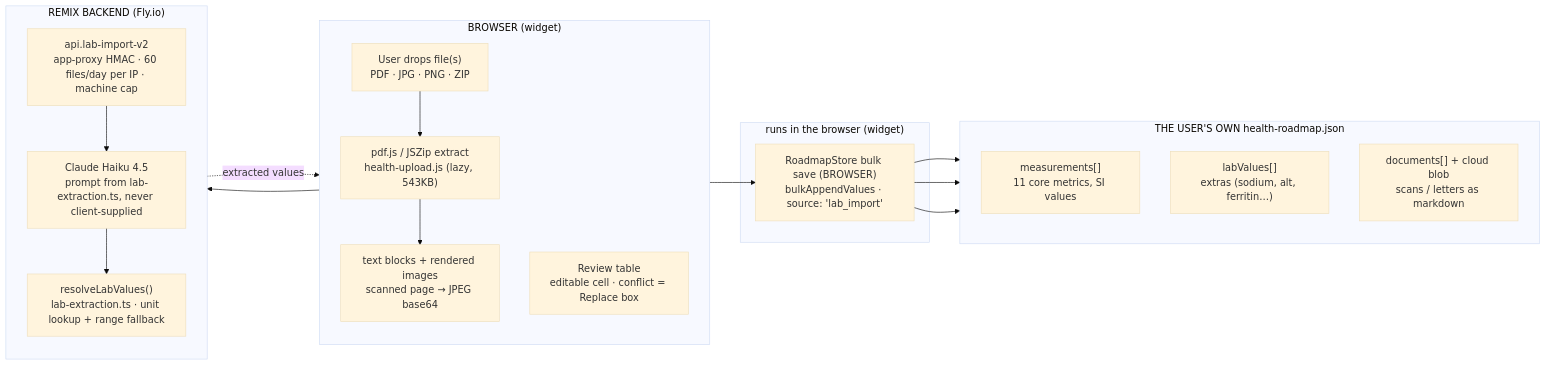
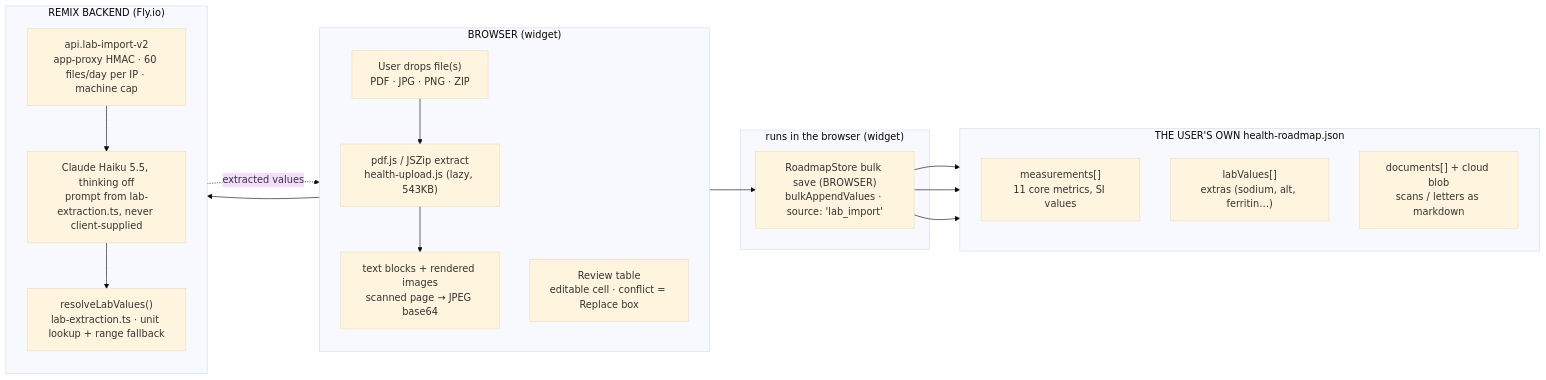
One commit to DrBradStanfield/roadmap changed the first of 3 diagrams in docs/lab-upload-overview.md. Above: the diagram before and after it, drawn with Mermaid (base theme). The commit also changed other lines of this file and 9 other files, not shown here.

First line of the commit message:
CLAUDE.md: reply to brad@microvitamin.com mail in its own thread via the CS gateway's /send-reply, never a new drstanfield.com email. The gateway bullet said planned; it is live. Net production LOC 0; nothing deletable.

````diff
--- a/docs/lab-upload-overview.md
+++ b/docs/lab-upload-overview.md
@@ -59,33 +59,33 @@
 ```mermaid
 flowchart LR
   subgraph BR["BROWSER (widget)"]
     direction TB
     B1["User drops file(s)<br/>PDF · JPG · PNG · ZIP"]
     B2["pdf.js / JSZip extract<br/>health-upload.js (lazy, 543KB)"]
     B3["text blocks + rendered images<br/>scanned page → JPEG base64"]
     B4["Review table<br/>editable cell · conflict = Replace box"]
     B1 --> B2 --> B3
   end
   subgraph BE["REMIX BACKEND (Fly.io)"]
     direction TB
     S1["api.lab-import-v2<br/>app-proxy HMAC · 60 files/day per IP · machine cap"]
-    S2["Claude Haiku 4.5<br/>prompt from lab-extraction.ts, never client-supplied"]
+    S2["Claude Haiku 5.5, thinking off<br/>prompt from lab-extraction.ts, never client-supplied"]
     S3["resolveLabValues()<br/>lab-extraction.ts · unit lookup + range fallback"]
     S1 --> S2 --> S3
   end
   subgraph STRIP["runs in the browser (widget)"]
     SAVE["RoadmapStore bulk save (BROWSER)<br/>bulkAppendValues · source: 'lab_import'"]
   end
   subgraph FILE["THE USER'S OWN health-roadmap.json"]
     direction TB
     F1["measurements[]<br/>11 core metrics, SI values"]
     F2["labValues[]<br/>extras (sodium, alt, ferritin…)"]
     F3["documents[] + cloud blob<br/>scans / letters as markdown"]
   end
   B3 --> S3
   S3 -. "extracted values" .-> B3
   B4 --> SAVE
   SAVE --> F1
   SAVE --> F2
   SAVE --> F3
 ```
````
